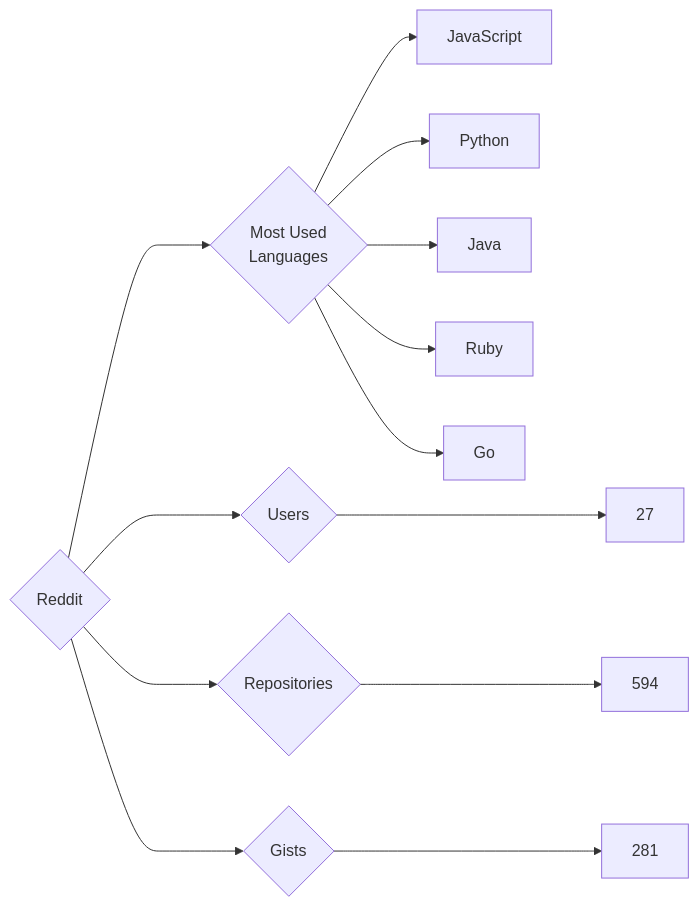
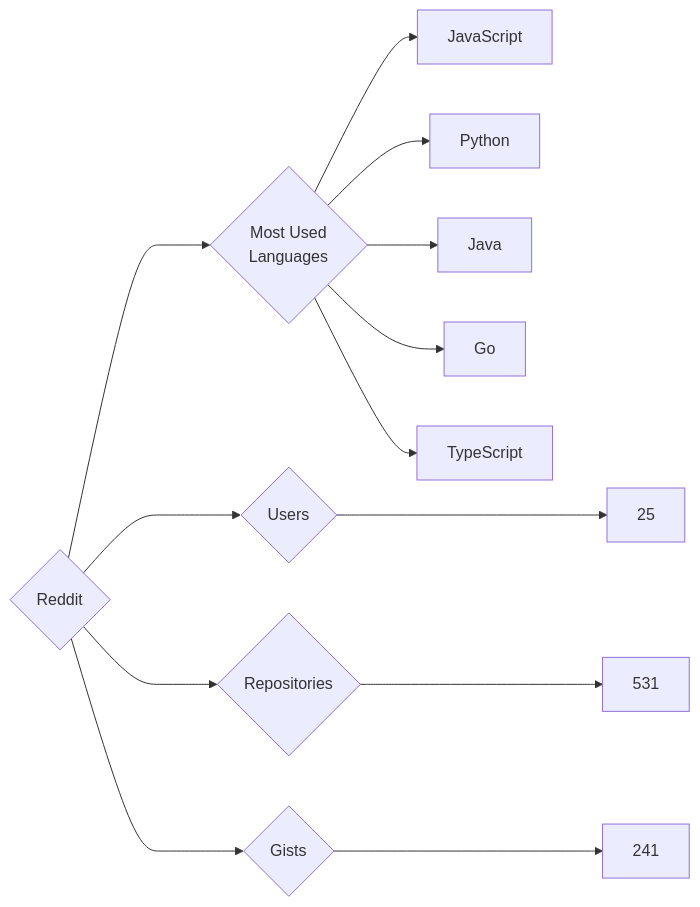
Before and after one commit to trickest/insiders: the diagram in targets/Reddit/README.md, drawn with Mermaid. The commit also changed 1508 other files, not shown here.

````diff
--- a/targets/Reddit/README.md
+++ b/targets/Reddit/README.md
@@ -3,13 +3,13 @@
 ```mermaid
 graph LR
 COMPANY_NAME{Reddit}
-COMPANY_NAME ---> U{Users} ---> UN[27]
-COMPANY_NAME ---> R{Repositories} ---> RN[594]
-COMPANY_NAME ---> G{Gists} ---> GN[281]
+COMPANY_NAME ---> U{Users} ---> UN[25]
+COMPANY_NAME ---> R{Repositories} ---> RN[531]
+COMPANY_NAME ---> G{Gists} ---> GN[241]
 COMPANY_NAME ---> ML{Most Used<br>Languages}
 ML --> JavaScript[JavaScript]
 ML --> Python[Python]
 ML --> Java[Java]
-ML --> Ruby[Ruby]
 ML --> Go[Go]
+ML --> TypeScript[TypeScript]
 ```
````
